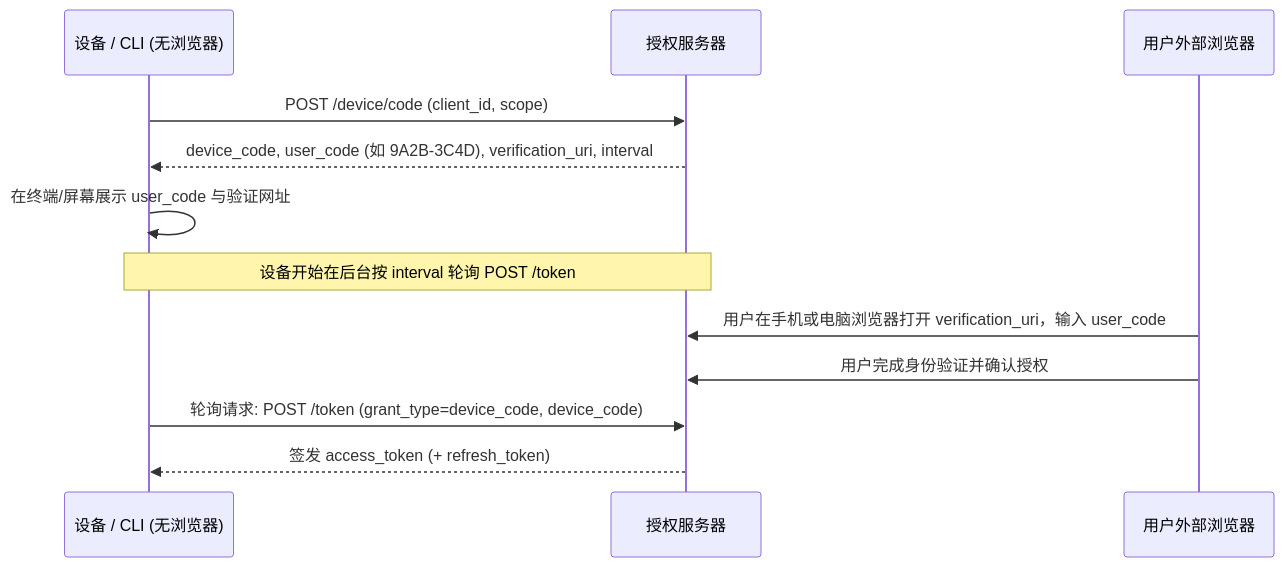
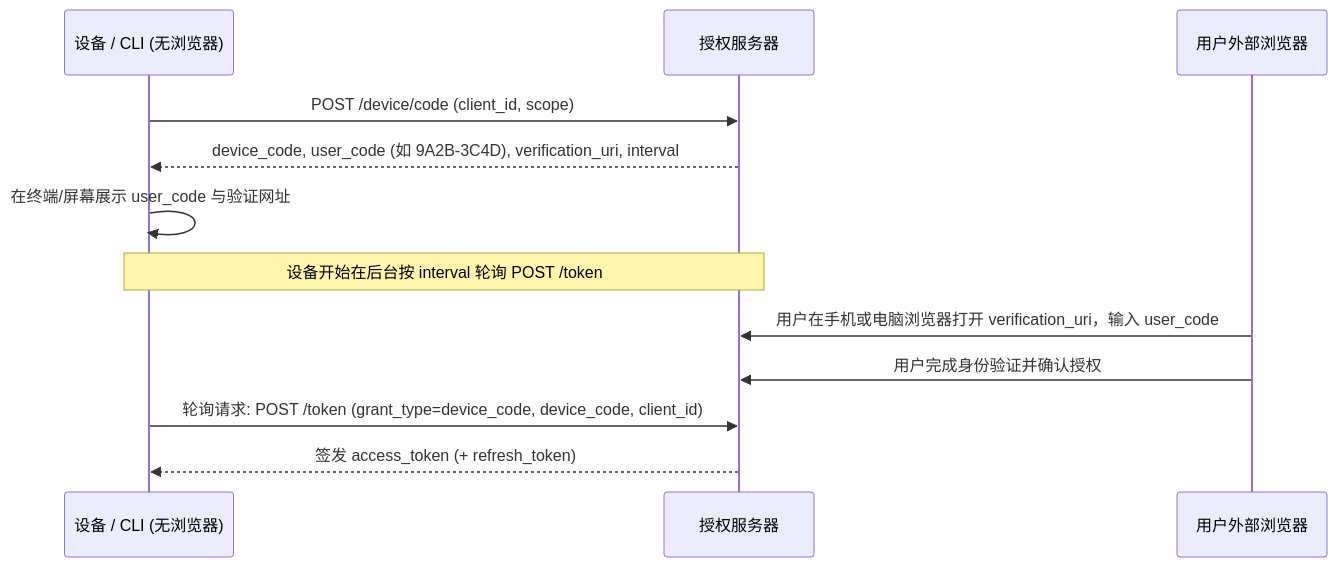
The second of 3 diagrams in wiki/topics/architecture/oauth.md (PerfectPan/wiki), drawn with Mermaid before and after one commit. The commit also changed other lines of this file, not shown here.

Commit message:
docs(oauth): include client_id in device flow polling sequence and explain RFC 8628 rationale

````diff
--- a/wiki/topics/architecture/oauth.md
+++ b/wiki/topics/architecture/oauth.md
@@ -104,14 +104,14 @@
 ```mermaid
 sequenceDiagram
   participant D as 设备 / CLI (无浏览器)
   participant A as 授权服务器
   participant U as 用户外部浏览器
   D->>A: POST /device/code (client_id, scope)
   A-->>D: device_code, user_code (如 9A2B-3C4D), verification_uri, interval
   D->>D: 在终端/屏幕展示 user_code 与验证网址
   Note over D,A: 设备开始在后台按 interval 轮询 POST /token
   U->>A: 用户在手机或电脑浏览器打开 verification_uri，输入 user_code
   U->>A: 用户完成身份验证并确认授权
-  D->>A: 轮询请求: POST /token (grant_type=device_code, device_code)
+  D->>A: 轮询请求: POST /token (grant_type=device_code, device_code, client_id)
   A-->>D: 签发 access_token (+ refresh_token)
 ```
````
